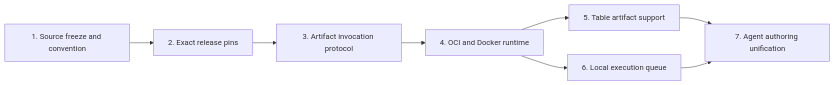
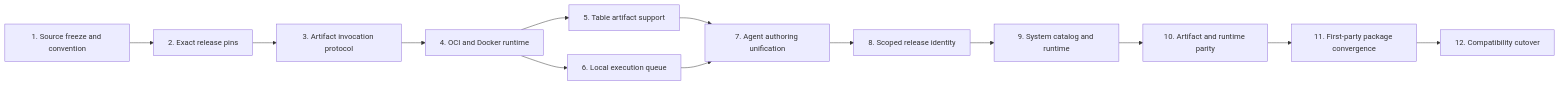
One commit to artpods56/KUL_IDUB_EcclesialSchematisms changed the diagram in docs/plans/workspace-plugins/README.md. Above: the diagram before and after it, drawn with Mermaid. The commit also changed other lines of this file and 19 other files, not shown here.

Commit message:
docs(plugins): record unified release architecture and cutover

````diff
--- a/docs/plans/workspace-plugins/README.md
+++ b/docs/plans/workspace-plugins/README.md
@@ -31,18 +35,28 @@
 ```mermaid
 flowchart LR
     Source["1. Source freeze and convention"]
     Pins["2. Exact release pins"]
     Protocol["3. Artifact invocation protocol"]
     Runtime["4. OCI and Docker runtime"]
     Tables["5. Table artifact support"]
     Queue["6. Local execution queue"]
     Agent["7. Agent authoring unification"]
+    Scope["8. Scoped release identity"]
+    Catalog["9. System catalog and runtime"]
+    Contracts["10. Artifact and runtime parity"]
+    Packages["11. First-party package convergence"]
+    Cutover["12. Compatibility cutover"]
 
     Source --> Pins
     Pins --> Protocol
     Protocol --> Runtime
     Runtime --> Tables
     Runtime --> Queue
     Tables --> Agent
     Queue --> Agent
+    Agent --> Scope
+    Scope --> Catalog
+    Catalog --> Contracts
+    Contracts --> Packages
+    Packages --> Cutover
 ```
````
